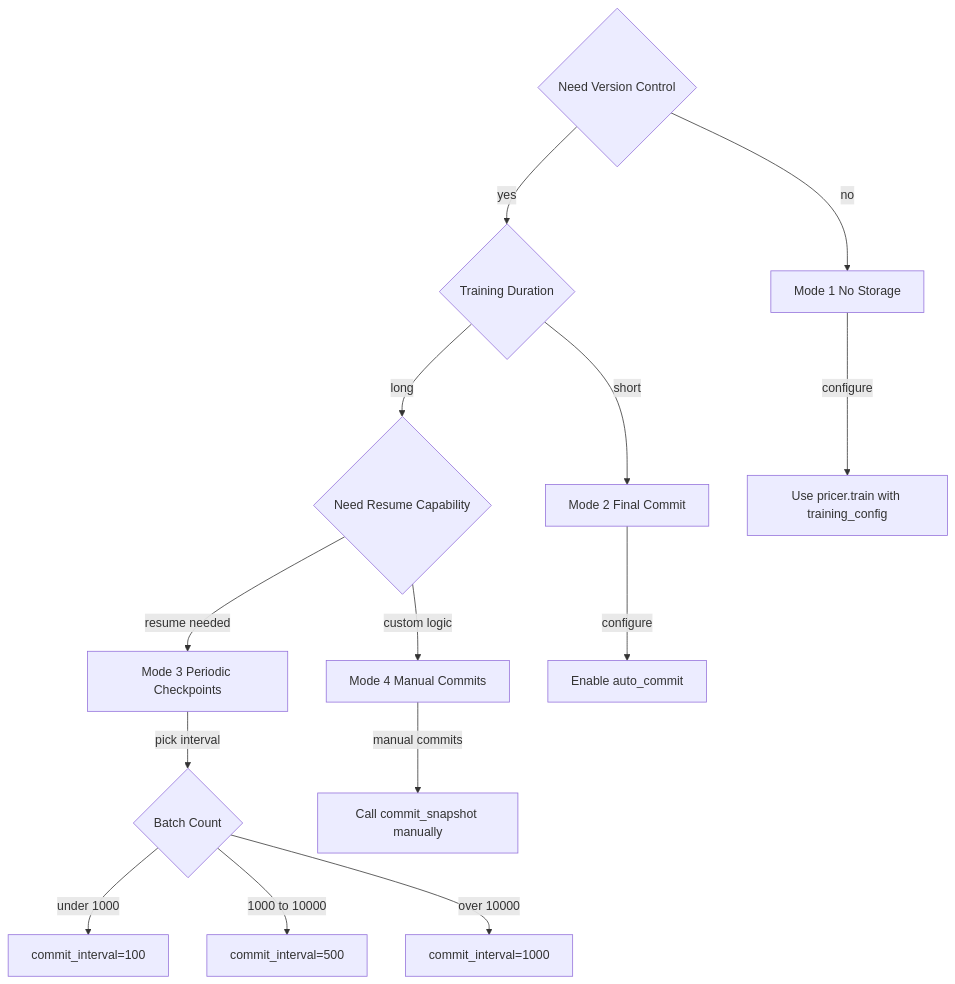
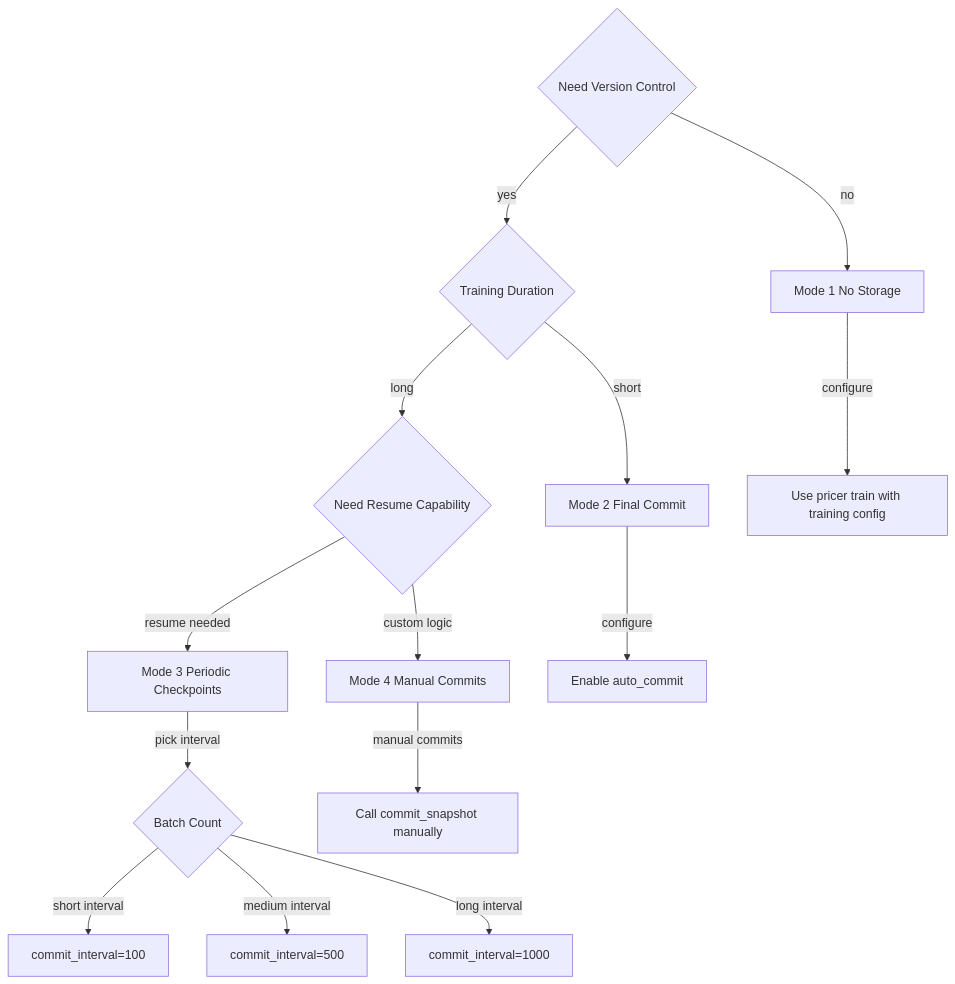
The second of 3 diagrams in documents/product/training_integration.md (Tuee22/SpectralMC), drawn with Mermaid before and after one commit. The commit also changed 29 other files, not shown here.

````diff
--- a/documents/product/training_integration.md
+++ b/documents/product/training_integration.md
@@ -185,27 +185,27 @@
 ```mermaid
 flowchart TB
   Start{Need Version Control}
   Duration{Training Duration}
   Resume{Need Resume Capability}
 
   NoStore[Mode 1 No Storage]
   FinalOnly[Mode 2 Final Commit]
   Periodic[Mode 3 Periodic Checkpoints]
   Manual[Mode 4 Manual Commits]
 
   Start -->|no| NoStore
   Start -->|yes| Duration
   Duration -->|short| FinalOnly
   Duration -->|long| Resume
   Resume -->|resume needed| Periodic
   Resume -->|custom logic| Manual
 
-  NoStore -->|configure| ConfigNoStore[Use pricer.train with training_config]
+  NoStore -->|configure| ConfigNoStore[Use pricer train with training config]
   FinalOnly -->|configure| ConfigFinal[Enable auto_commit]
   Periodic -->|pick interval| ChooseInterval{Batch Count}
   Manual -->|manual commits| ConfigManual[Call commit_snapshot manually]
 
-  ChooseInterval -->|under 1000| Interval100[commit_interval=100]
-  ChooseInterval -->|1000 to 10000| Interval500[commit_interval=500]
-  ChooseInterval -->|over 10000| Interval1000[commit_interval=1000]
+  ChooseInterval -->|short interval| Interval100[commit_interval=100]
+  ChooseInterval -->|medium interval| Interval500[commit_interval=500]
+  ChooseInterval -->|long interval| Interval1000[commit_interval=1000]
 ```
````
